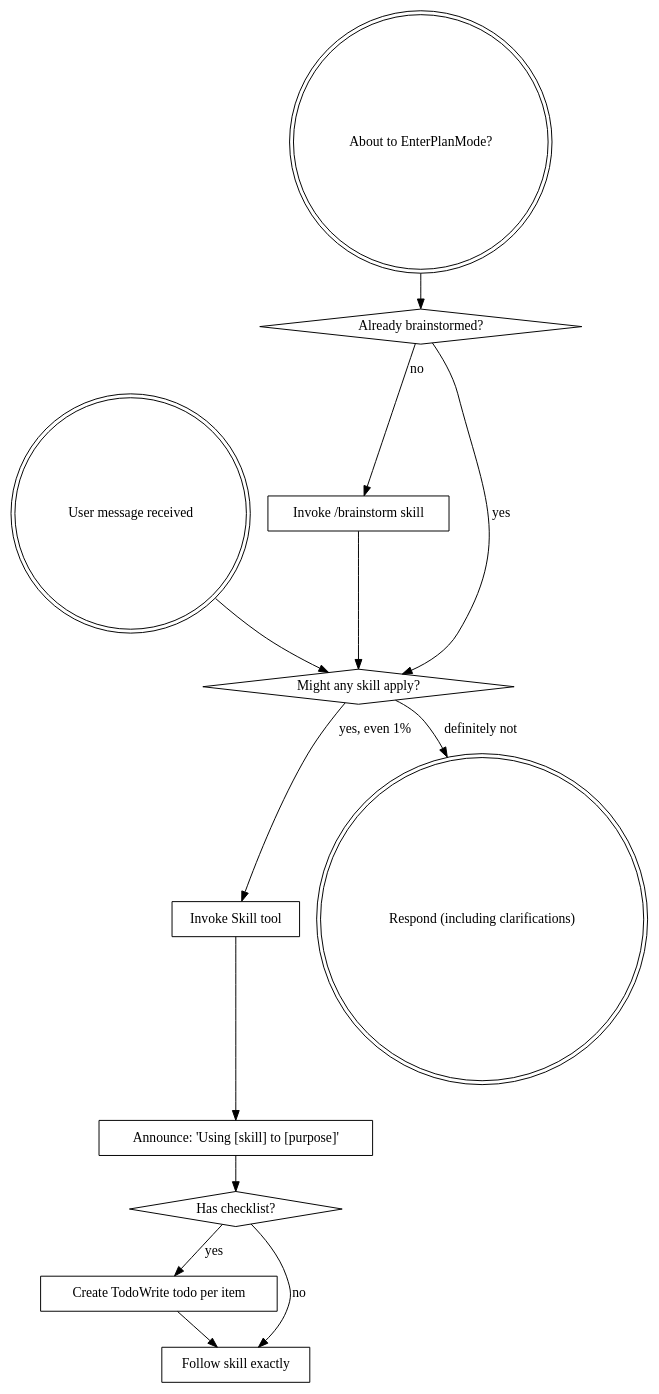
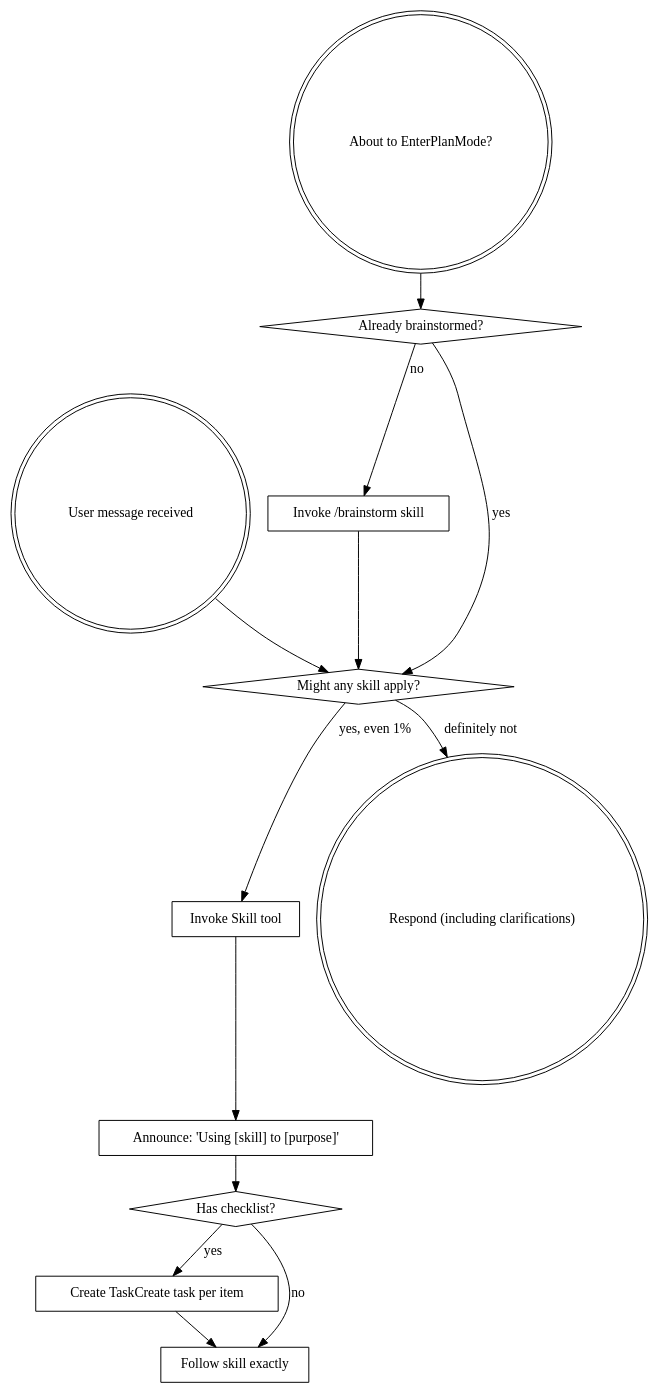
One commit to navapbc/digital-service-orchestra changed the diagram in skills/using-lockpick/SKILL.md. Above: the diagram before and after it, drawn with Graphviz. The commit also changed 6 other files, not shown here.

First line of the commit message:
fix: 6 workflow bugs — TodoWrite migration, lock exclusion, agent selection, end-session dedup, preplanning UX, test helpers

````diff
--- a/skills/using-lockpick/SKILL.md
+++ b/skills/using-lockpick/SKILL.md
@@ -24,29 +24,29 @@
 ```dot
 digraph skill_flow {
     "User message received" [shape=doublecircle];
     "About to EnterPlanMode?" [shape=doublecircle];
     "Already brainstormed?" [shape=diamond];
     "Invoke /brainstorm skill" [shape=box];
     "Might any skill apply?" [shape=diamond];
     "Invoke Skill tool" [shape=box];
     "Announce: 'Using [skill] to [purpose]'" [shape=box];
     "Has checklist?" [shape=diamond];
-    "Create TodoWrite todo per item" [shape=box];
+    "Create TaskCreate task per item" [shape=box];
     "Follow skill exactly" [shape=box];
     "Respond (including clarifications)" [shape=doublecircle];
 
     "About to EnterPlanMode?" -> "Already brainstormed?";
     "Already brainstormed?" -> "Invoke /brainstorm skill" [label="no"];
     "Already brainstormed?" -> "Might any skill apply?" [label="yes"];
     "Invoke /brainstorm skill" -> "Might any skill apply?";
 
     "User message received" -> "Might any skill apply?";
     "Might any skill apply?" -> "Invoke Skill tool" [label="yes, even 1%"];
     "Might any skill apply?" -> "Respond (including clarifications)" [label="definitely not"];
     "Invoke Skill tool" -> "Announce: 'Using [skill] to [purpose]'";
     "Announce: 'Using [skill] to [purpose]'" -> "Has checklist?";
-    "Has checklist?" -> "Create TodoWrite todo per item" [label="yes"];
+    "Has checklist?" -> "Create TaskCreate task per item" [label="yes"];
     "Has checklist?" -> "Follow skill exactly" [label="no"];
-    "Create TodoWrite todo per item" -> "Follow skill exactly";
+    "Create TaskCreate task per item" -> "Follow skill exactly";
 }
 ```
````
